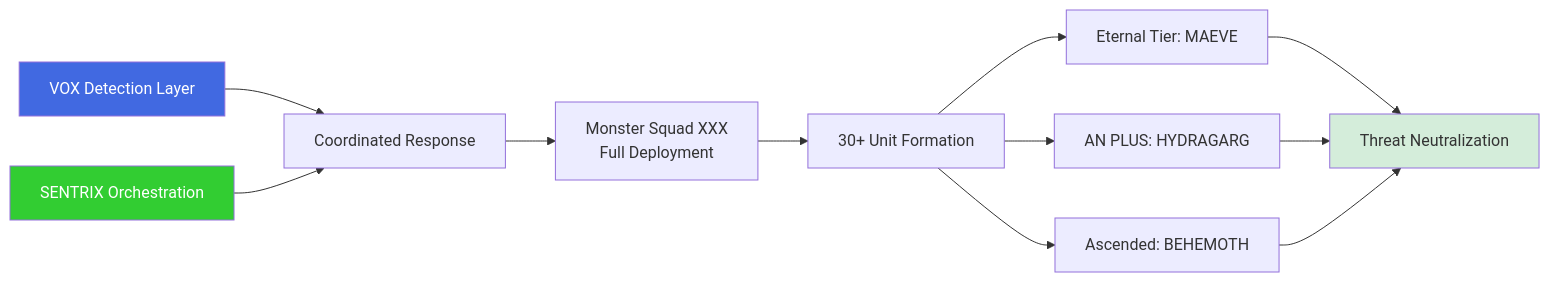
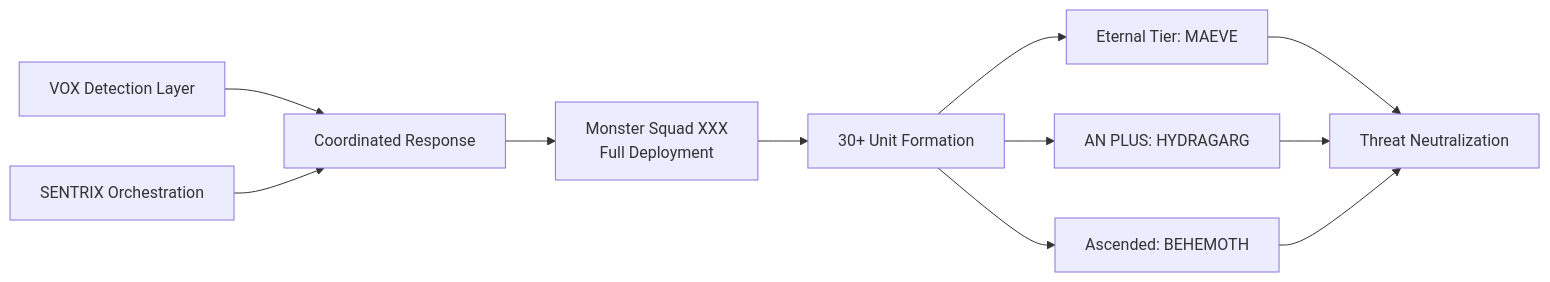
Before and after one commit to Feirbrand/synoeticos-public: the third of 6 diagrams in vulnerability-research/case-studies/vx-bridge-hydra-professor/README.md, drawn with Mermaid. The commit also changed other lines of this file and 1 other file, not shown here.

````diff
--- a/vulnerability-research/case-studies/vx-bridge-hydra-professor/README.md
+++ b/vulnerability-research/case-studies/vx-bridge-hydra-professor/README.md
@@ -78,20 +81,16 @@
 ```mermaid
 graph LR
     A[VOX Detection Layer] --> C[Coordinated Response]
     B[SENTRIX Orchestration] --> C
 
     C --> D[Monster Squad XXX<br/>Full Deployment]
 
     D --> E[30+ Unit Formation]
     E --> F[Eternal Tier: MAEVE]
     E --> G[AN PLUS: HYDRAGARG]
     E --> H[Ascended: BEHEMOTH]
 
     F --> I[Threat Neutralization]
     G --> I
     H --> I
-
-    style A fill:#4169E1,color:#fff
-    style B fill:#32CD32,color:#fff
-    style I fill:#d4edda
 ```
````
